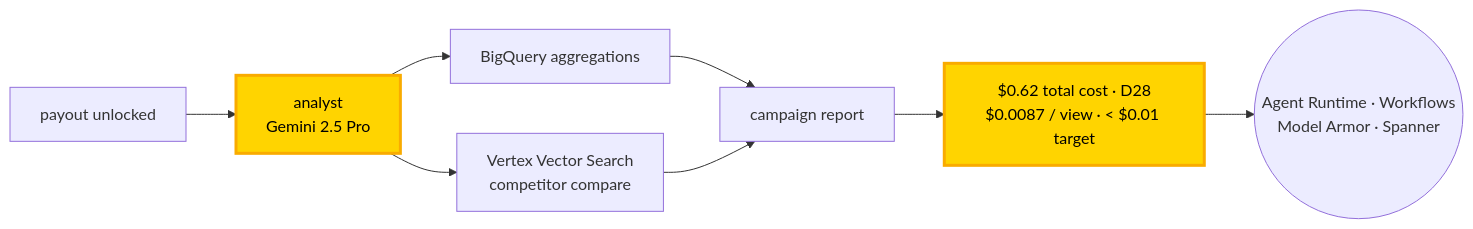
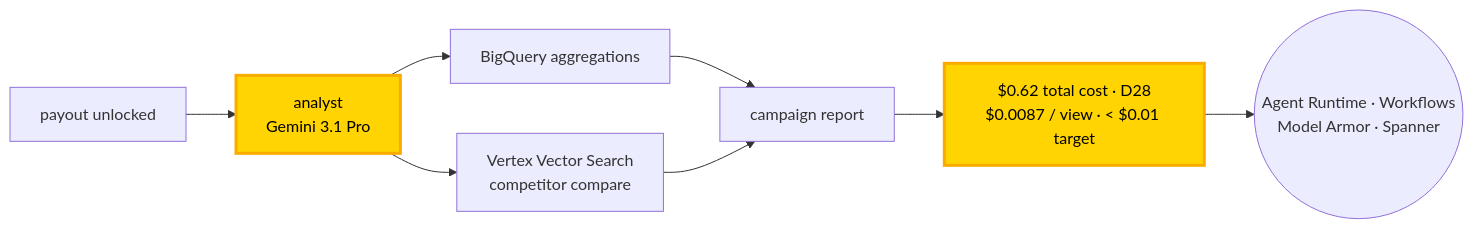
Before and after one commit to Two-Weeks-Team/social-seeding-v2-public: the diagram in scripts/demo/assets/overlays/v2-beat-6.mmd, drawn with Mermaid. The commit also changed 142 other files, not shown here.

```diff
--- a/scripts/demo/assets/overlays/v2-beat-6.mmd
+++ b/scripts/demo/assets/overlays/v2-beat-6.mmd
@@ -1,10 +1,10 @@
 %% Beat 6 — Analyst report + cost ledger  (SCRIPT.md §3 Beat 6)
 flowchart LR
-  unlock[payout unlocked] --> analyst[analyst<br/>Gemini 2.5 Pro]:::active
+  unlock[payout unlocked] --> analyst[analyst<br/>Gemini 3.1 Pro]:::active
   analyst --> bq[BigQuery aggregations]
   analyst --> vvs[Vertex Vector Search<br/>competitor compare]
   bq & vvs --> report[campaign report]
   report --> ledger[$0.62 total cost · D28<br/>$0.0087 / view · &lt; $0.01 target]:::active
   ledger --> services((Agent Runtime · Workflows<br/>Model Armor · Spanner))
 
   classDef active fill:#FFD400,stroke:#F9AB00,color:#000,stroke-width:3px;
```
